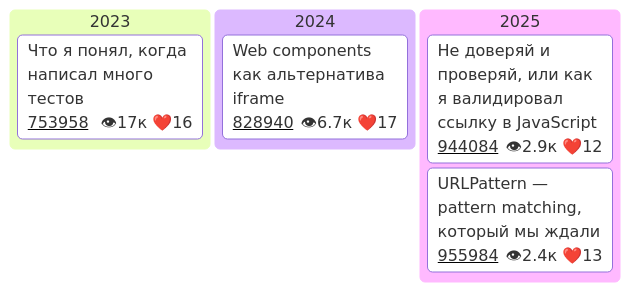
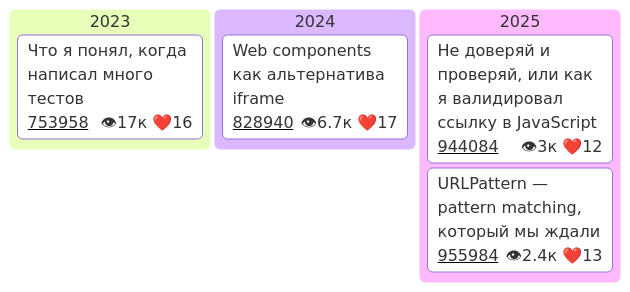
Before and after one commit to Goodzonchik/Goodzonchik: the fourth of 4 diagrams in README.md, drawn with Mermaid.

````diff
--- a/README.md
+++ b/README.md
@@ -51,28 +51,28 @@
 ```mermaid
 ---
 config:
   kanban:
     ticketBaseUrl: 'https://habr.com/ru/companies/tbank/articles/#TICKET#'
 
 ---
 kanban
   2023
     card1["Что я понял, когда написал много тестов"]@{
       ticket: 753958
       assigned: 👁17к ❤️16
     }
   2024
     card2["Web components как альтернатива iframe"]@{
       ticket: 828940
       assigned: 👁6.7к ❤️17
     }
   2025
     card3["Не доверяй и проверяй, или как я валидировал ссылку в JavaScript"]@{
       ticket: 944084
-      assigned: 👁2.9к ❤️12
+      assigned: 👁3к ❤️12
     }
    card4["URLPattern — pattern matching, который мы ждали"]@{
       ticket: 955984
       assigned: 👁2.4к ❤️13
     }
 ```
````
